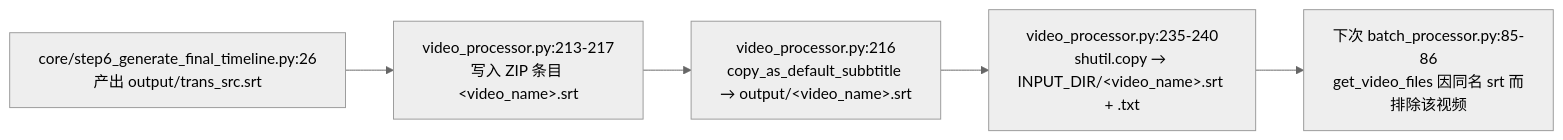
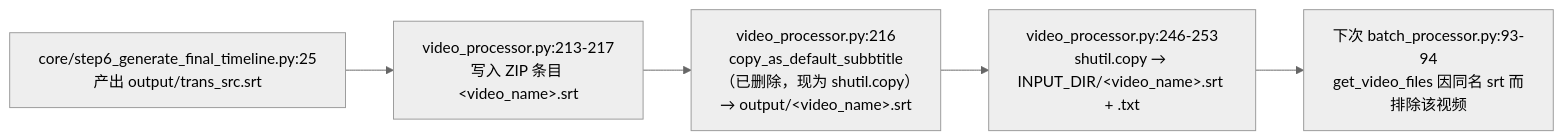
The third of 3 diagrams in devdocs/01-entrypoints/02-批量模式入口.md (Brzjomo/VideoLingoMove), drawn with Mermaid (neutral theme) before and after one commit. The commit also changed other lines of this file and 30 other files, not shown here.

````diff
--- a/devdocs/01-entrypoints/02-批量模式入口.md
+++ b/devdocs/01-entrypoints/02-批量模式入口.md
@@ -165,7 +166,7 @@
 ```mermaid
 flowchart LR
-    S6["core/step6_generate_final_timeline.py:26<br/>产出 output/trans_src.srt"] --> SS["video_processor.py:213-217<br/>写入 ZIP 条目 &lt;video_name&gt;.srt"]
-    SS --> CD["video_processor.py:216<br/>copy_as_default_subbtitle → output/&lt;video_name&gt;.srt"]
-    CD --> CP["video_processor.py:235-240<br/>shutil.copy → INPUT_DIR/&lt;video_name&gt;.srt + .txt"]
-    CP --> GV["下次 batch_processor.py:85-86<br/>get_video_files 因同名 srt 而排除该视频"]
+    S6["core/step6_generate_final_timeline.py:25<br/>产出 output/trans_src.srt"] --> SS["video_processor.py:213-217<br/>写入 ZIP 条目 &lt;video_name&gt;.srt"]
+    SS --> CD["video_processor.py:216<br/>copy_as_default_subbtitle（已删除，现为 shutil.copy）→ output/&lt;video_name&gt;.srt"]
+    CD --> CP["video_processor.py:246-253<br/>shutil.copy → INPUT_DIR/&lt;video_name&gt;.srt + .txt"]
+    CP --> GV["下次 batch_processor.py:93-94<br/>get_video_files 因同名 srt 而排除该视频"]
 ```
````
